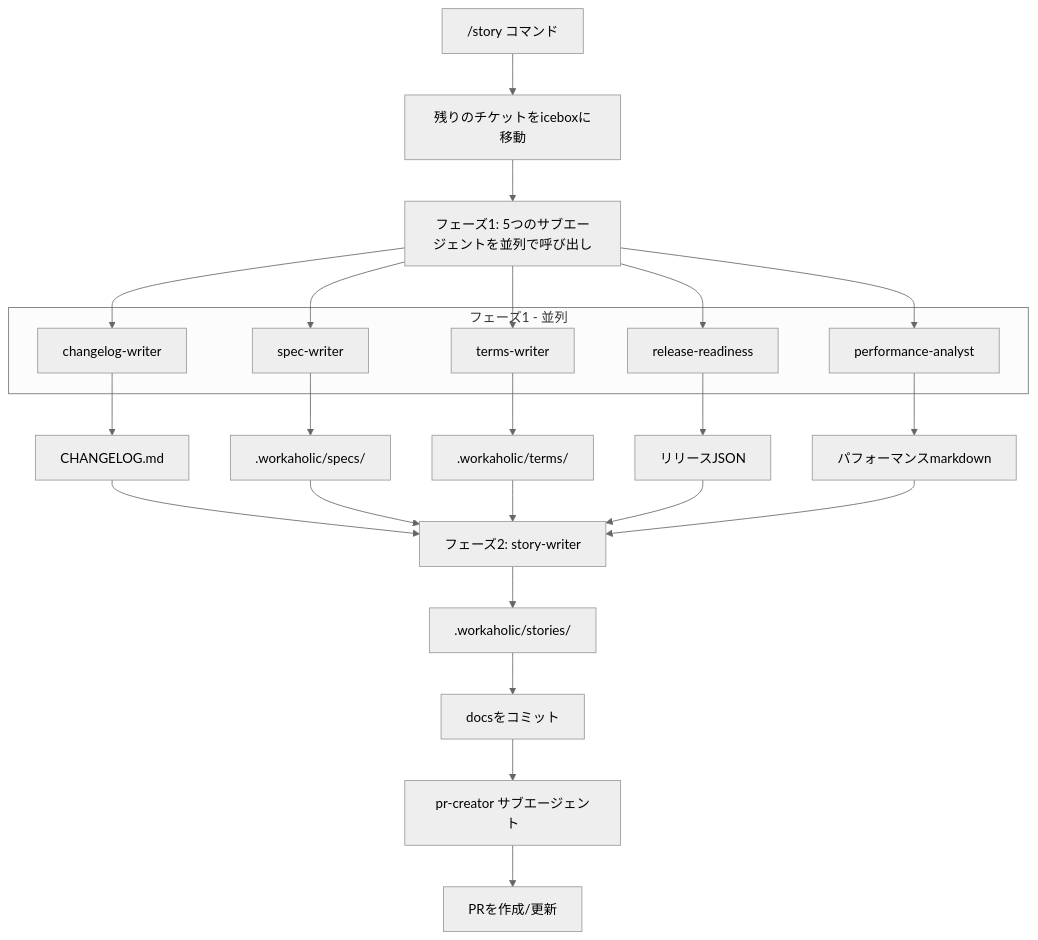
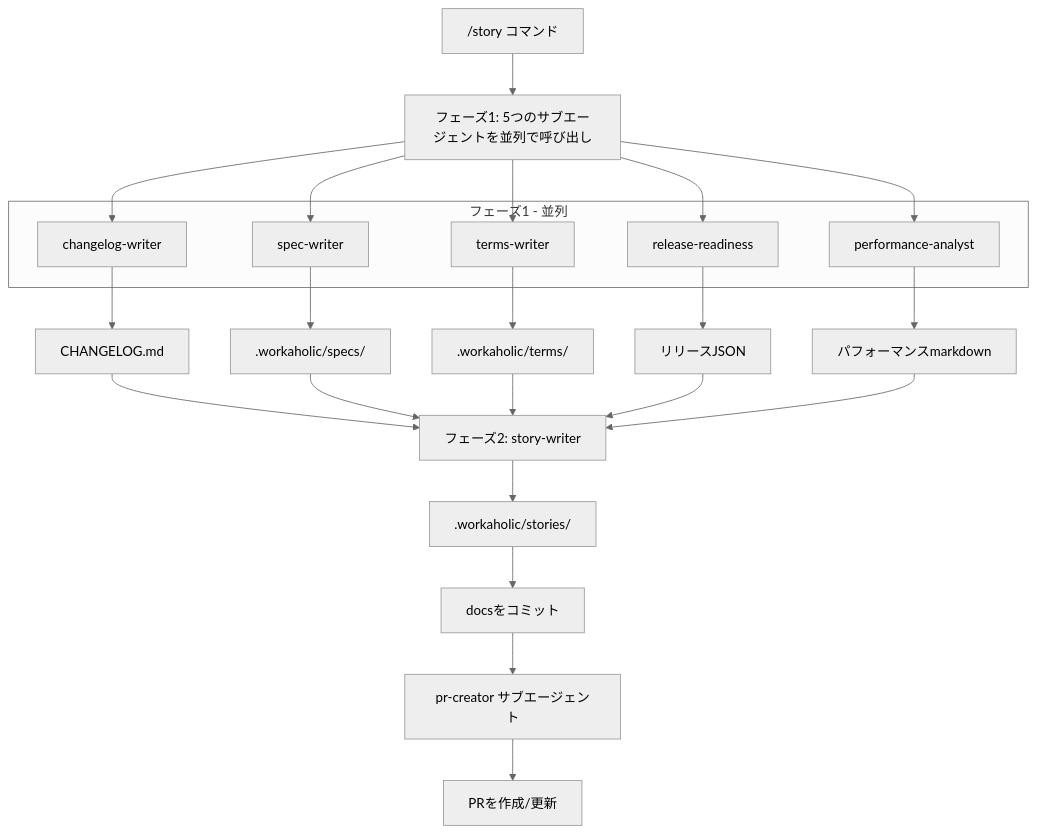
The sixth of 6 diagrams in .workaholic/specs/architecture_ja.md (qmu/workaholic), drawn with Mermaid (neutral theme) before and after one commit. The commit also changed other lines of this file and 24 other files, not shown here.

````diff
--- a/.workaholic/specs/architecture_ja.md
+++ b/.workaholic/specs/architecture_ja.md
@@ -313,37 +313,36 @@
 ```mermaid
 flowchart TD
-    A["/story コマンド"] --> B[残りのチケットをiceboxに移動]
-    B --> C[フェーズ1: 5つのサブエージェントを並列で呼び出し]
+    A["/story コマンド"] --> C[フェーズ1: 5つのサブエージェントを並列で呼び出し]
 
     subgraph フェーズ1 - 並列
         D[changelog-writer]
         F[spec-writer]
         G[terms-writer]
         RR[release-readiness]
         PA[performance-analyst]
     end
 
     C --> D
     C --> F
     C --> G
     C --> RR
     C --> PA
 
     D --> H[CHANGELOG.md]
     F --> J[.workaholic/specs/]
     G --> K[.workaholic/terms/]
     RR --> RL[リリースJSON]
     PA --> PM[パフォーマンスmarkdown]
 
     H --> P2[フェーズ2: story-writer]
     J --> P2
     K --> P2
     RL --> P2
     PM --> P2
 
     P2 --> I[.workaholic/stories/]
     I --> L[docsをコミット]
 
     L --> M[pr-creator サブエージェント]
     M --> N[PRを作成/更新]
 ```
````
